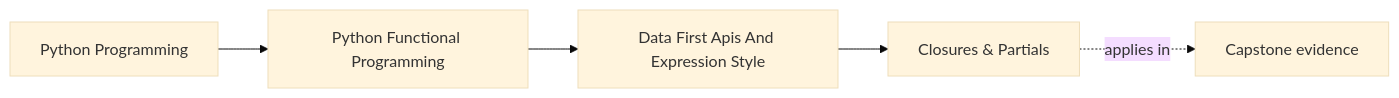
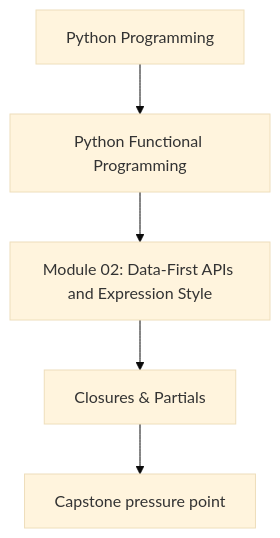
One commit to bijux/bijux-masterclass changed the first of 2 diagrams in programs/python-programming/python-functional-programming/course-book/module-02-data-first-apis-and-expression-style/closures-and-partials.md. Above: the diagram before and after it, drawn with Mermaid (base theme). The commit also changed other lines of this file and 118 other files, not shown here.

Commit message:
docs(python-functional-programming): align concept page diagrams

````diff
--- a/programs/python-programming/python-functional-programming/course-book/module-02-data-first-apis-and-expression-style/closures-and-partials.md
+++ b/programs/python-programming/python-functional-programming/course-book/module-02-data-first-apis-and-expression-style/closures-and-partials.md
@@ -7,11 +7,7 @@
 ```mermaid
-graph LR
-  family["Python Programming"]
-  program["Python Functional Programming"]
-  section["Data First Apis And Expression Style"]
-  page["Closures & Partials"]
-  capstone["Capstone evidence"]
-
-  family --> program --> section --> page
-  page -.applies in.-> capstone
+flowchart TD
+  family["Python Programming"] --> program["Python Functional Programming"]
+  program --> module["Module 02: Data-First APIs and Expression Style"]
+  module --> concept["Closures & Partials"]
+  concept --> capstone["Capstone pressure point"]
 ```
````
